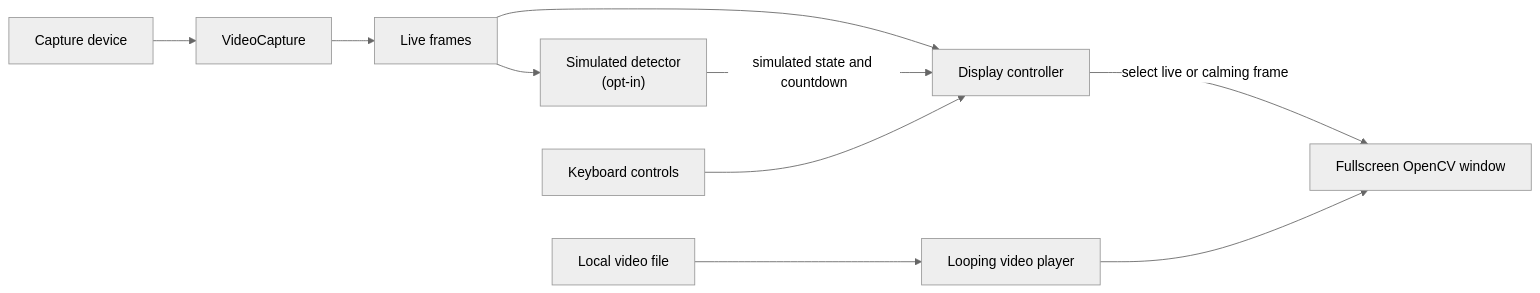
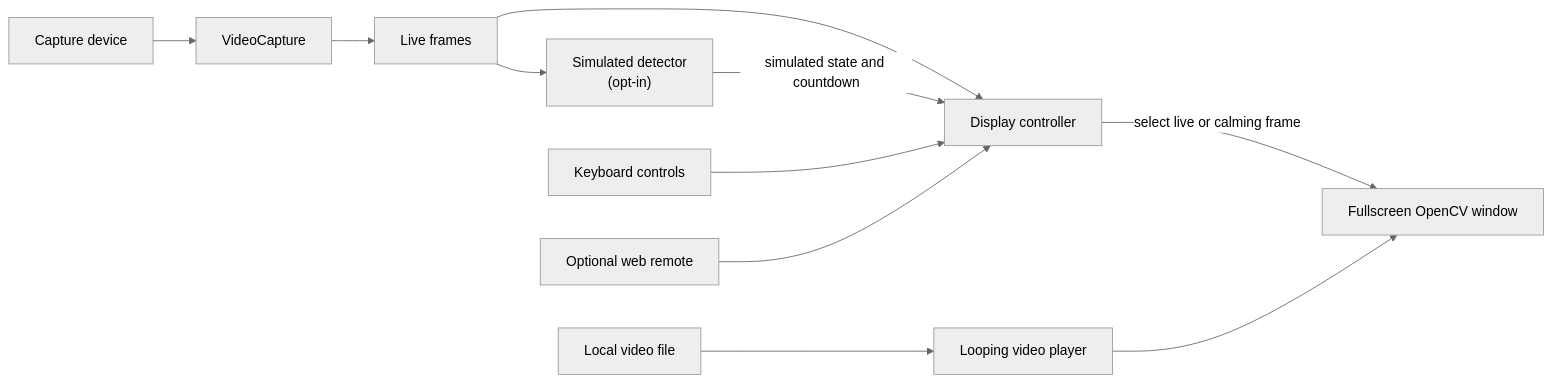
Before and after one commit to bryanspms/HappySpace: the second of 3 diagrams in README.md, drawn with Mermaid (neutral theme). The commit also changed other lines of this file and 6 other files, not shown here.

Commit message:
Implement web remote functionality with password protection and update README

````diff
--- a/README.md
+++ b/README.md
@@ -48,12 +50,13 @@
 ```mermaid
 flowchart LR
     input["Capture device"] --> capture["VideoCapture"]
     capture --> live["Live frames"]
     live --> controller["Display controller"]
     live --> demo["Simulated detector<br/>(opt-in)"]
     demo -->|simulated state and countdown| controller
     keys["Keyboard controls"] --> controller
+    phone["Optional web remote"] --> controller
     asset["Local video file"] --> player["Looping video player"]
     controller -->|select live or calming frame| display["Fullscreen OpenCV window"]
     player --> display
 ```
````
